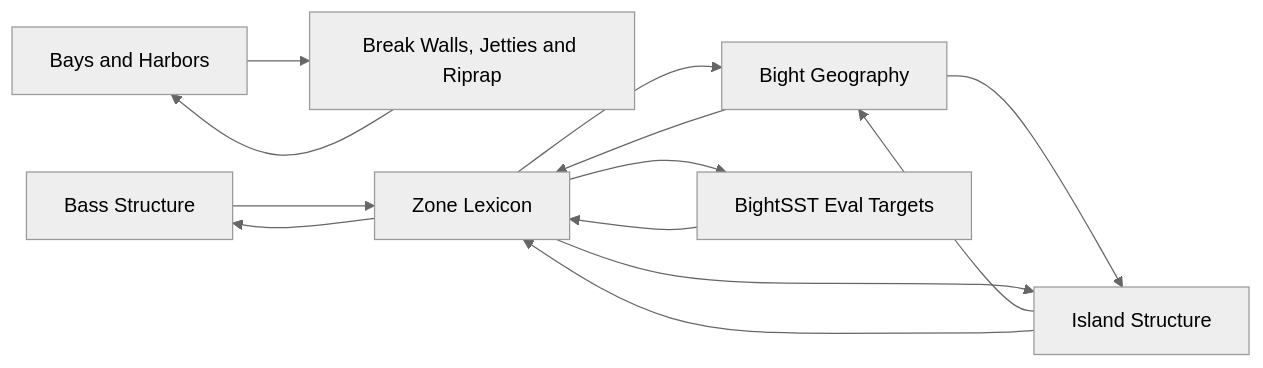
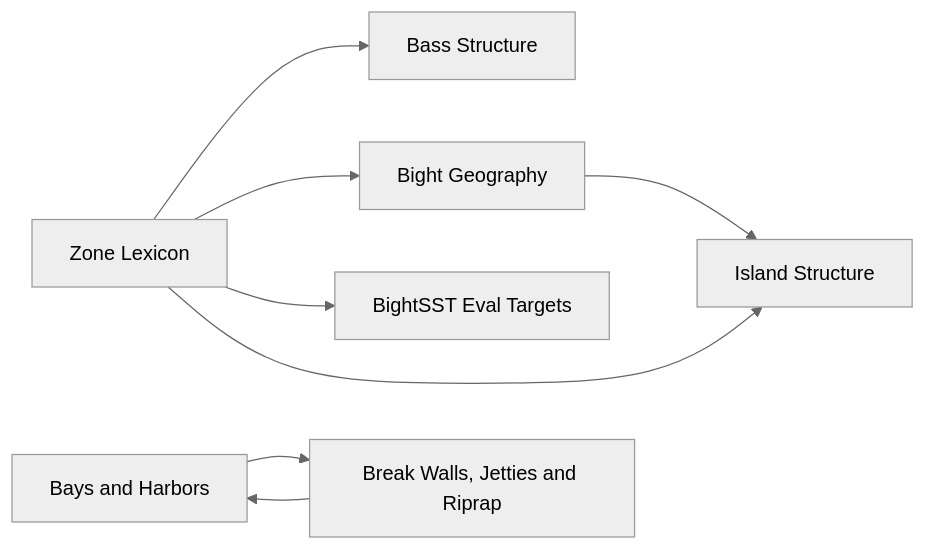
Before and after one commit to camchuckpete-max/Socal-Fishing-Knowledge: the diagram in locations/README.md, drawn with Mermaid (neutral theme). The commit also changed 124 other files, not shown here.

````diff
--- a/locations/README.md
+++ b/locations/README.md
@@ -20,22 +20,17 @@
 ```mermaid
 graph LR
   n0["Bass Structure"]
   n1["Bays and Harbors"]
   n2["Bight Geography"]
   n3["BightSST Eval Targets"]
   n4["Break Walls, Jetties and Riprap"]
   n5["Island Structure"]
   n6["Zone Lexicon"]
-  n0 --> n6
   n1 --> n4
   n2 --> n5
-  n2 --> n6
-  n3 --> n6
   n4 --> n1
-  n5 --> n2
-  n5 --> n6
   n6 --> n0
   n6 --> n2
   n6 --> n3
   n6 --> n5
 ```
````
